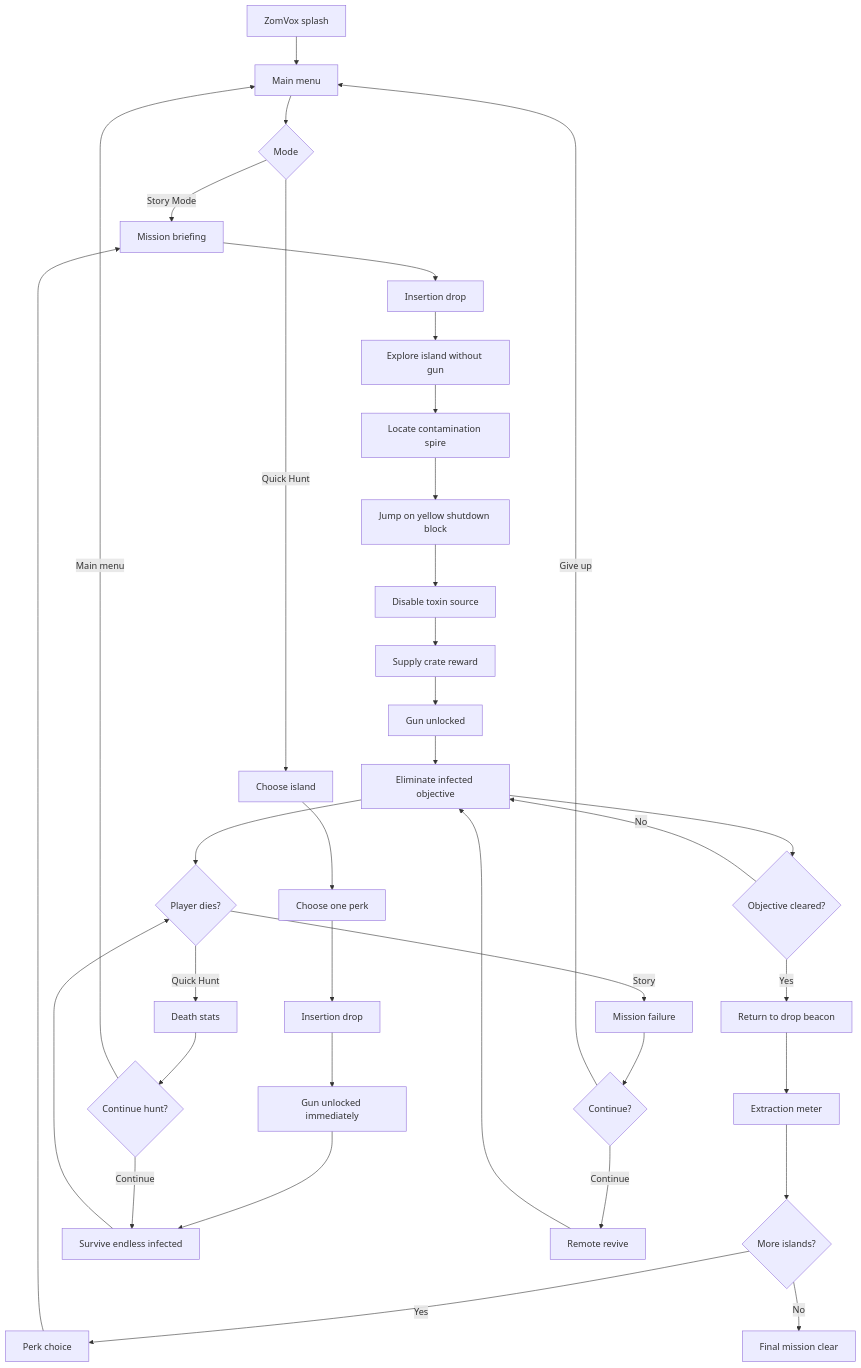
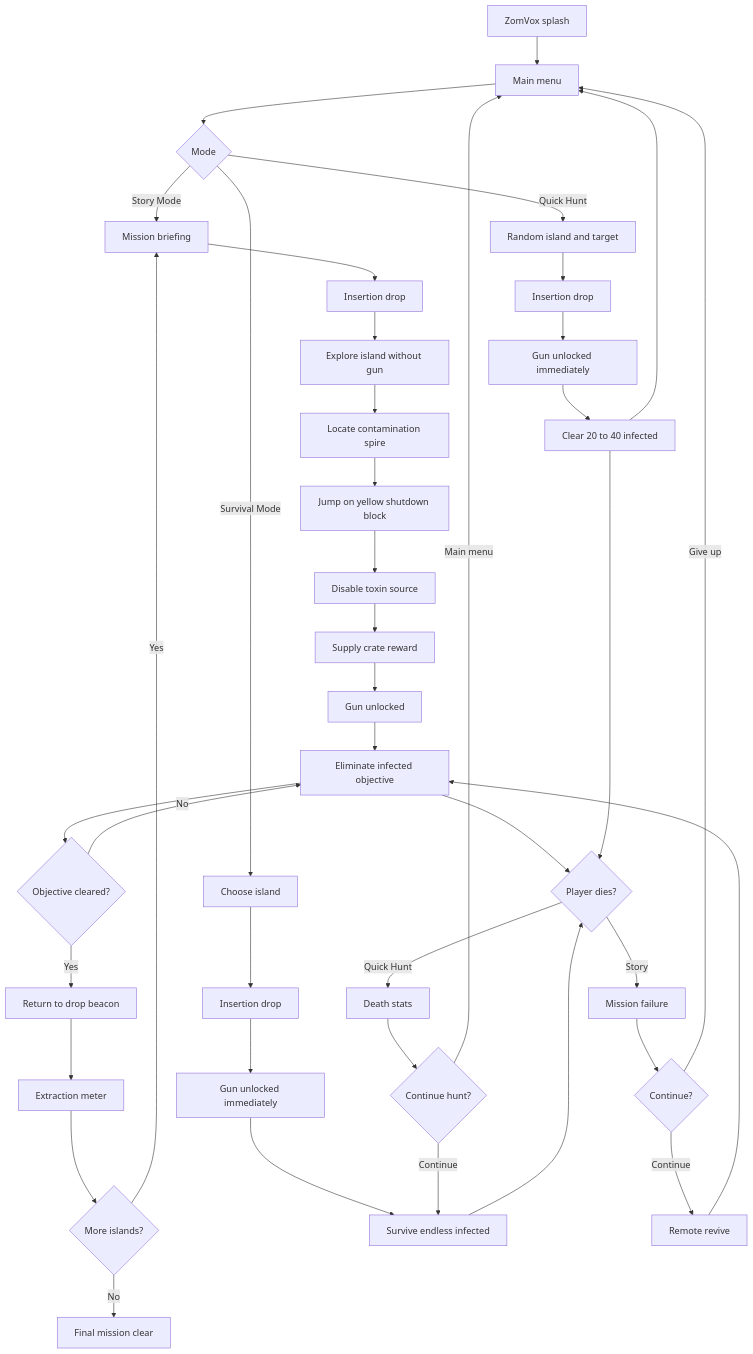
Before and after one commit to jayjonesvip/zomvox: the diagram in README.md, drawn with Mermaid. The commit also changed other lines of this file and 5 other files, not shown here.

````diff
--- a/README.md
+++ b/README.md
@@ -58,41 +59,46 @@
 ```mermaid
 flowchart TD
     A[ZomVox splash] --> B[Main menu]
     B --> C{Mode}
 
     C -->|Story Mode| D[Mission briefing]
     D --> E[Insertion drop]
     E --> F[Explore island without gun]
     F --> G[Locate contamination spire]
     G --> H[Jump on yellow shutdown block]
     H --> I[Disable toxin source]
     I --> J[Supply crate reward]
     J --> K[Gun unlocked]
     K --> L[Eliminate infected objective]
     L --> M{Objective cleared?}
     M -->|No| L
     M -->|Yes| N[Return to drop beacon]
     N --> O[Extraction meter]
     O --> P{More islands?}
-    P -->|Yes| Q[Perk choice]
-    Q --> D
+    P -->|Yes| D
     P -->|No| R[Final mission clear]
 
-    C -->|Quick Hunt| S[Choose island]
-    S --> T[Choose one perk]
-    T --> U[Insertion drop]
+    C -->|Survival Mode| S[Choose island]
+    S --> U[Insertion drop]
     U --> V[Gun unlocked immediately]
     V --> W[Survive endless infected]
 
+    C -->|Quick Hunt| AD[Random island and target]
+    AD --> AE[Insertion drop]
+    AE --> AF[Gun unlocked immediately]
+    AF --> AG[Clear 20 to 40 infected]
+    AG --> B
+
     L --> X{Player dies?}
     W --> X
+    AG --> X
     X -->|Story| Y[Mission failure]
     Y --> Z{Continue?}
     Z -->|Continue| AA[Remote revive]
     AA --> L
     Z -->|Give up| B
     X -->|Quick Hunt| AB[Death stats]
     AB --> AC{Continue hunt?}
     AC -->|Continue| W
     AC -->|Main menu| B
 ```
````
